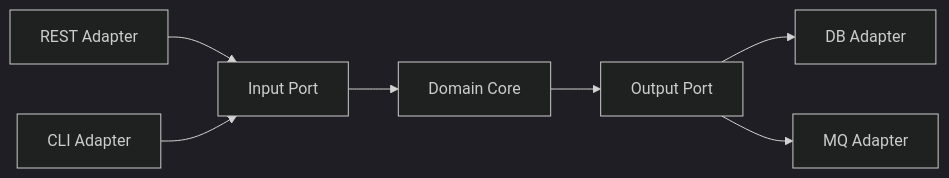
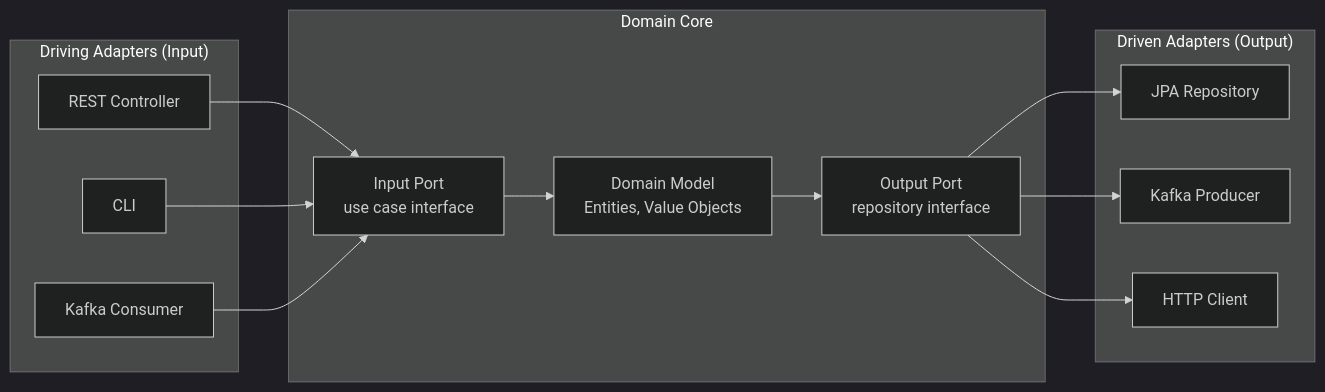
Before and after one commit to jether2011/interview-questions: the fifth of 6 diagrams in distributed-systems-architecture.md, drawn with Mermaid (dark theme). The commit also changed other lines of this file and 13 other files, not shown here.

````diff
--- a/distributed-systems-architecture.md
+++ b/distributed-systems-architecture.md
@@ -142,9 +331,20 @@
 ```mermaid
 flowchart LR
-    REST[REST Adapter] --> Port[Input Port]
-    CLI[CLI Adapter] --> Port
-    Port --> Core[Domain Core]
-    Core --> OutPort[Output Port]
-    OutPort --> DB[DB Adapter]
-    OutPort --> MQ[MQ Adapter]
+    subgraph Adapters_In["Driving Adapters (Input)"]
+        REST[REST Controller]
+        CLI[CLI]
+        Kafka_In[Kafka Consumer]
+    end
+    subgraph Core["Domain Core"]
+        Port_In[Input Port\nuse case interface]
+        Domain[Domain Model\nEntities, Value Objects]
+        Port_Out[Output Port\nrepository interface]
+    end
+    subgraph Adapters_Out["Driven Adapters (Output)"]
+        DB[JPA Repository]
+        MQ[Kafka Producer]
+        HTTP[HTTP Client]
+    end
+    REST & CLI & Kafka_In --> Port_In --> Domain --> Port_Out
+    Port_Out --> DB & MQ & HTTP
 ```
````
